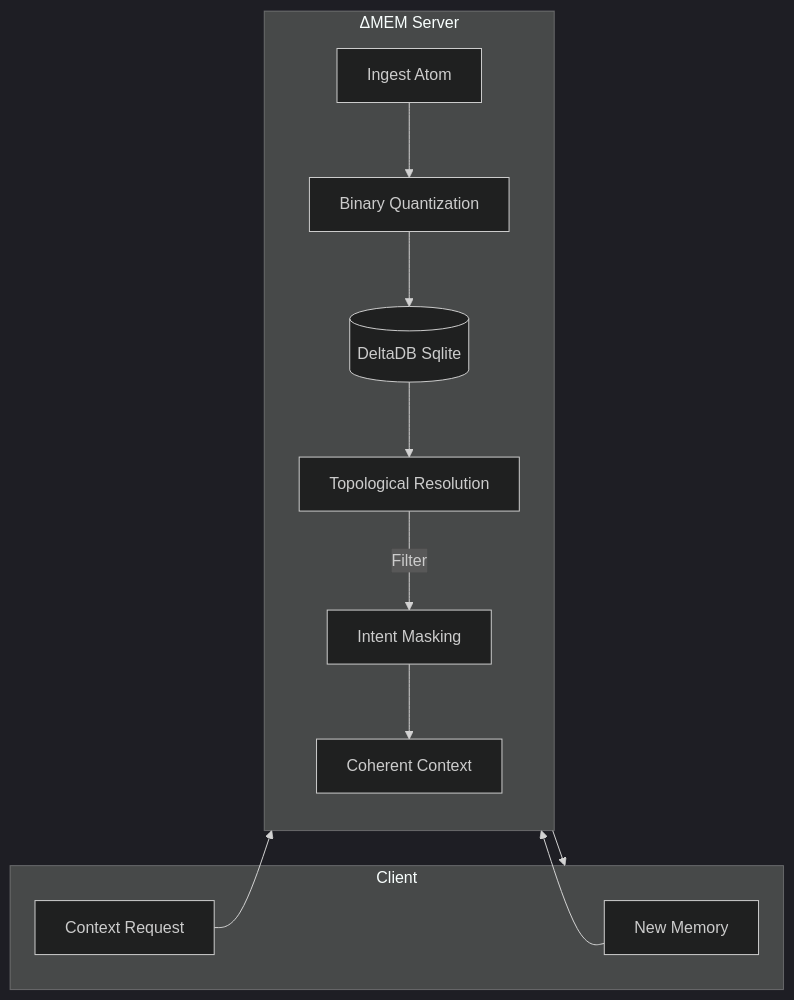
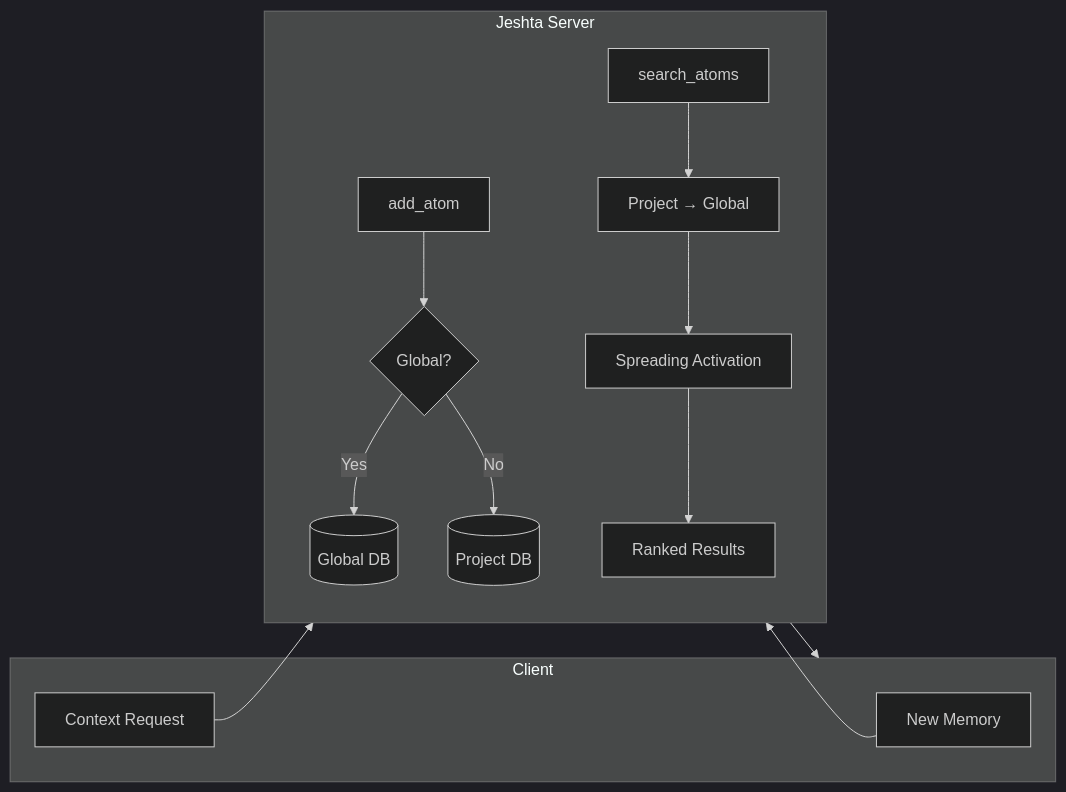
Before and after one commit to deviprasadshetty-dev/Jeshta: the diagram in README.md, drawn with Mermaid (dark theme). The commit also changed other lines of this file and 6 other files, not shown here.

````diff
--- a/README.md
+++ b/README.md
@@ -45,21 +44,22 @@
 ```mermaid
 flowchart LR
     subgraph Client
         Input[New Memory]
         Query[Context Request]
     end
 
-    subgraph "ΔMEM Server"
+    subgraph "Jeshta Server"
         direction TB
-        Ingest[Ingest Atom] --> Quantize[Binary Quantization]
-        Quantize --> DB[(DeltaDB Sqlite)]
+        Ingest[add_atom] --> Scope{Global?}
+        Scope -->|Yes| Global[(Global DB)]
+        Scope -->|No| Project[(Project DB)]
         
-        DB --> Resolve[Topological Resolution]
-        Resolve --> |Filter| Intent[Intent Masking]
-        Intent --> Context[Coherent Context]
+        Search[search_atoms] --> Hierarchical[Project → Global]
+        Hierarchical --> Activation[Spreading Activation]
+        Activation --> Ranked[Ranked Results]
     end
 
     Input --> Ingest
-    Query --> Resolve
-    Context --> Client
+    Query --> Search
+    Ranked --> Client
 ```
````
